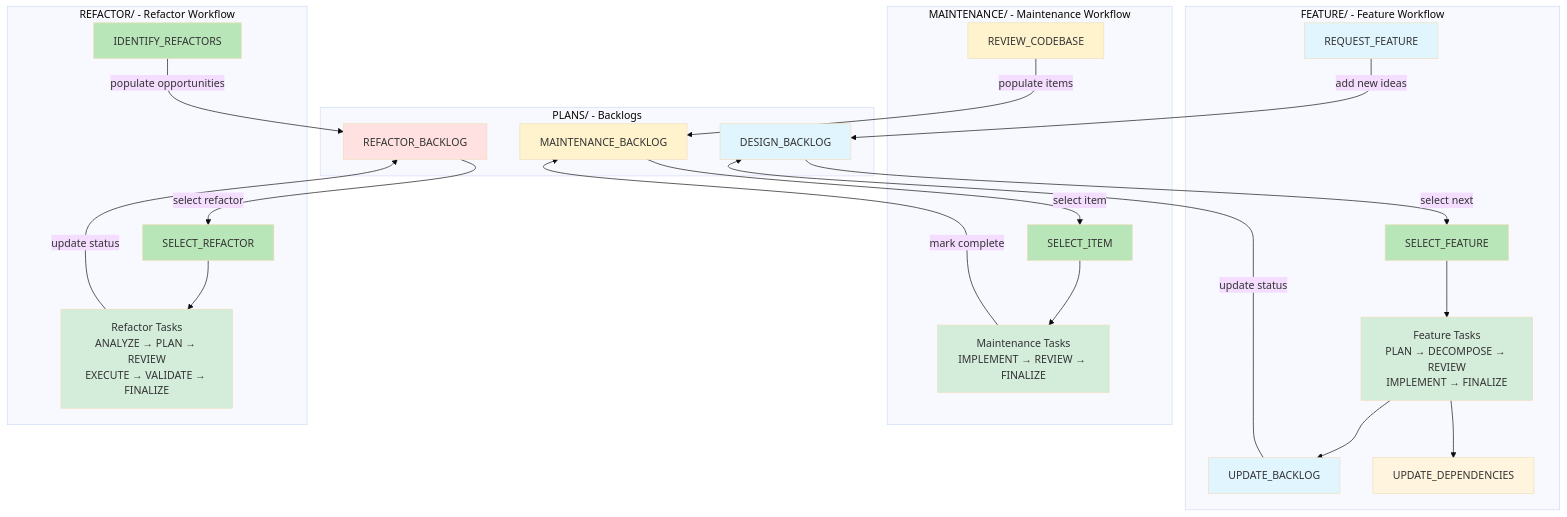
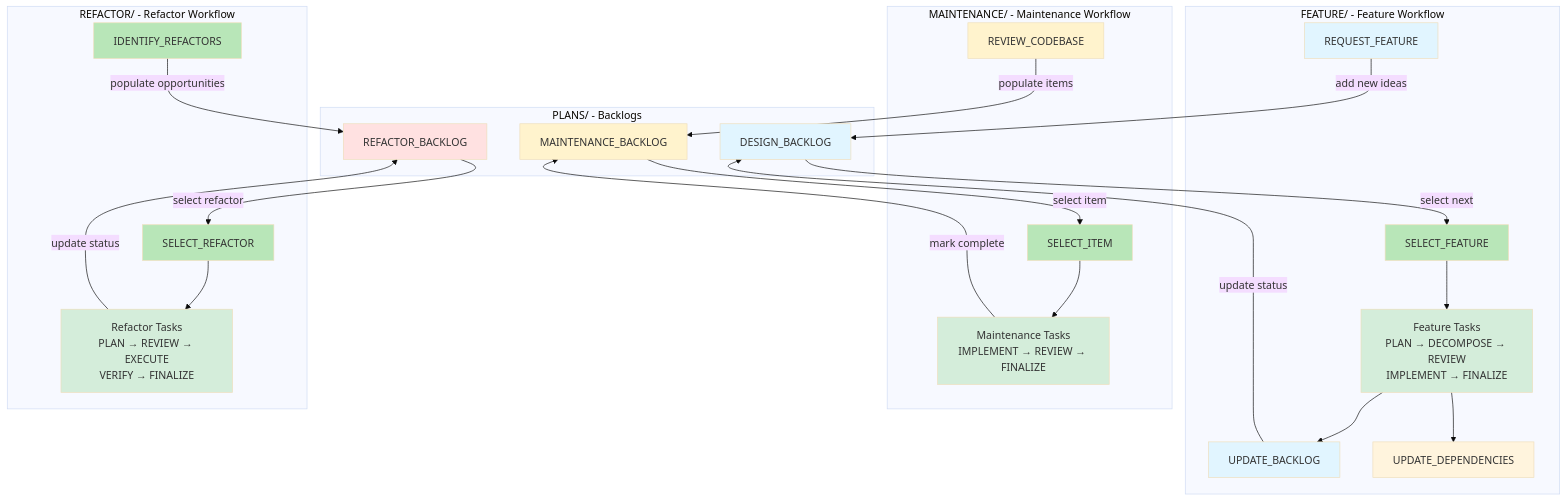
The diagram in TASKS/WORKFLOW.md (EvanLavender13/FrogLords), drawn with Mermaid (base theme) before and after one commit. The commit also changed other lines of this file and 4 other files, not shown here.

````diff
--- a/TASKS/WORKFLOW.md
+++ b/TASKS/WORKFLOW.md
@@ -7,62 +7,62 @@
 ```mermaid
 graph TB
     subgraph Backlogs["PLANS/ - Backlogs"]
         DB[DESIGN_BACKLOG]
         MB[MAINTENANCE_BACKLOG]
         RB[REFACTOR_BACKLOG]
     end
 
     subgraph FeatureTasks["FEATURE/ - Feature Workflow"]
         RF[REQUEST_FEATURE]
         NF[SELECT_FEATURE]
         FW[Feature Tasks<br/>PLAN → DECOMPOSE → REVIEW<br/>IMPLEMENT → FINALIZE]
         UB[UPDATE_BACKLOG]
         UD[UPDATE_DEPENDENCIES]
     end
 
     subgraph MaintenanceTasks["MAINTENANCE/ - Maintenance Workflow"]
         RC[REVIEW_CODEBASE]
         PI[SELECT_ITEM]
         MW[Maintenance Tasks<br/>IMPLEMENT → REVIEW → FINALIZE]
     end
 
     subgraph RefactorTasks["REFACTOR/ - Refactor Workflow"]
         IR[IDENTIFY_REFACTORS]
         SR[SELECT_REFACTOR]
-        RW[Refactor Tasks<br/>ANALYZE → PLAN → REVIEW<br/>EXECUTE → VALIDATE → FINALIZE]
+        RW[Refactor Tasks<br/>PLAN → REVIEW → EXECUTE<br/>VERIFY → FINALIZE]
     end
 
     %% Feature workflow flows
     RF -->|add new ideas| DB
     DB -->|select next| NF
     NF --> FW
     FW --> UB
     FW --> UD
     UB -->|update status| DB
 
     %% Maintenance workflow flows
     RC -->|populate items| MB
     MB -->|select item| PI
     PI --> MW
     MW -->|mark complete| MB
 
     %% Refactor workflow flows
     IR -->|populate opportunities| RB
     RB -->|select refactor| SR
     SR --> RW
     RW -->|update status| RB
 
     style DB fill:#e1f5ff
     style MB fill:#fff3cd
     style RB fill:#ffe1e1
     style FW fill:#d4edda
     style MW fill:#d4edda
     style RW fill:#d4edda
     style NF fill:#b8e6b8
     style PI fill:#b8e6b8
     style IR fill:#b8e6b8
     style SR fill:#b8e6b8
     style RF fill:#e1f5ff
     style RC fill:#fff3cd
     style UB fill:#e1f5ff
 ```
````
